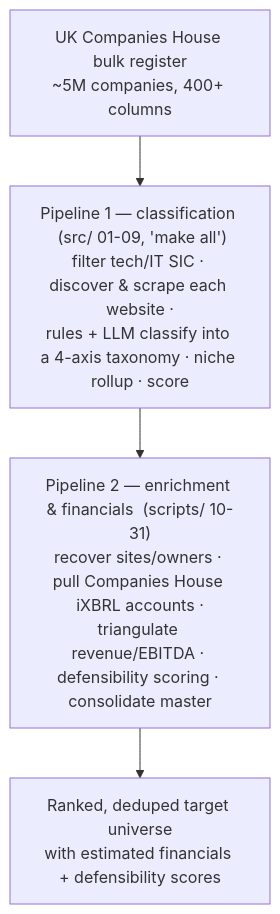
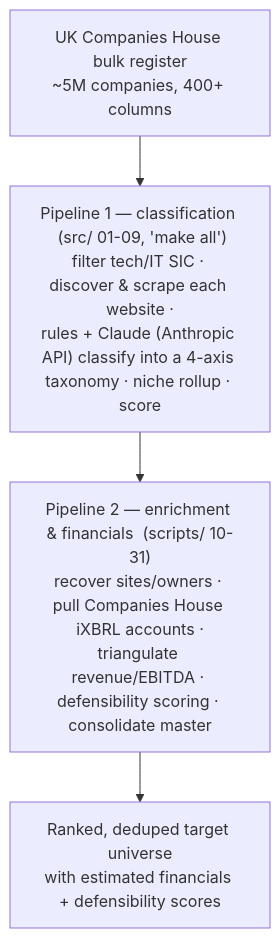
One commit to amateurakhbar/companies-house-screening-engine changed the diagram in README.md. Above: the diagram before and after it, drawn with Mermaid. The commit also changed other lines of this file and 4 other files, not shown here.

First line of the commit message:
Make classification Claude-powered; add MIT license, requirements, README + writeup (#1)

````diff
--- a/README.md
+++ b/README.md
@@ -16,7 +16,7 @@
 ```mermaid
 flowchart TD
     A["UK Companies House bulk register<br/>~5M companies, 400+ columns"]
-    A --> B["Pipeline 1 — classification  (src/ 01-09, 'make all')<br/>filter tech/IT SIC · discover & scrape each website ·<br/>rules + LLM classify into a 4-axis taxonomy · niche rollup · score"]
+    A --> B["Pipeline 1 — classification  (src/ 01-09, 'make all')<br/>filter tech/IT SIC · discover & scrape each website ·<br/>rules + Claude (Anthropic API) classify into a 4-axis taxonomy · niche rollup · score"]
     B --> C["Pipeline 2 — enrichment & financials  (scripts/ 10-31)<br/>recover sites/owners · pull Companies House iXBRL accounts ·<br/>triangulate revenue/EBITDA · defensibility scoring · consolidate master"]
     C --> D["Ranked, deduped target universe<br/>with estimated financials + defensibility scores"]
 ```
````
